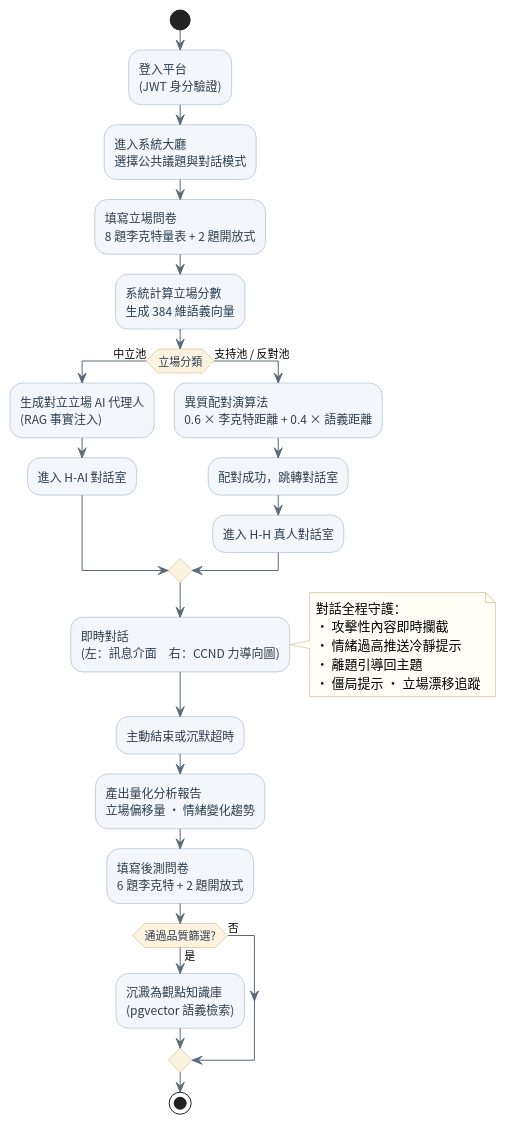
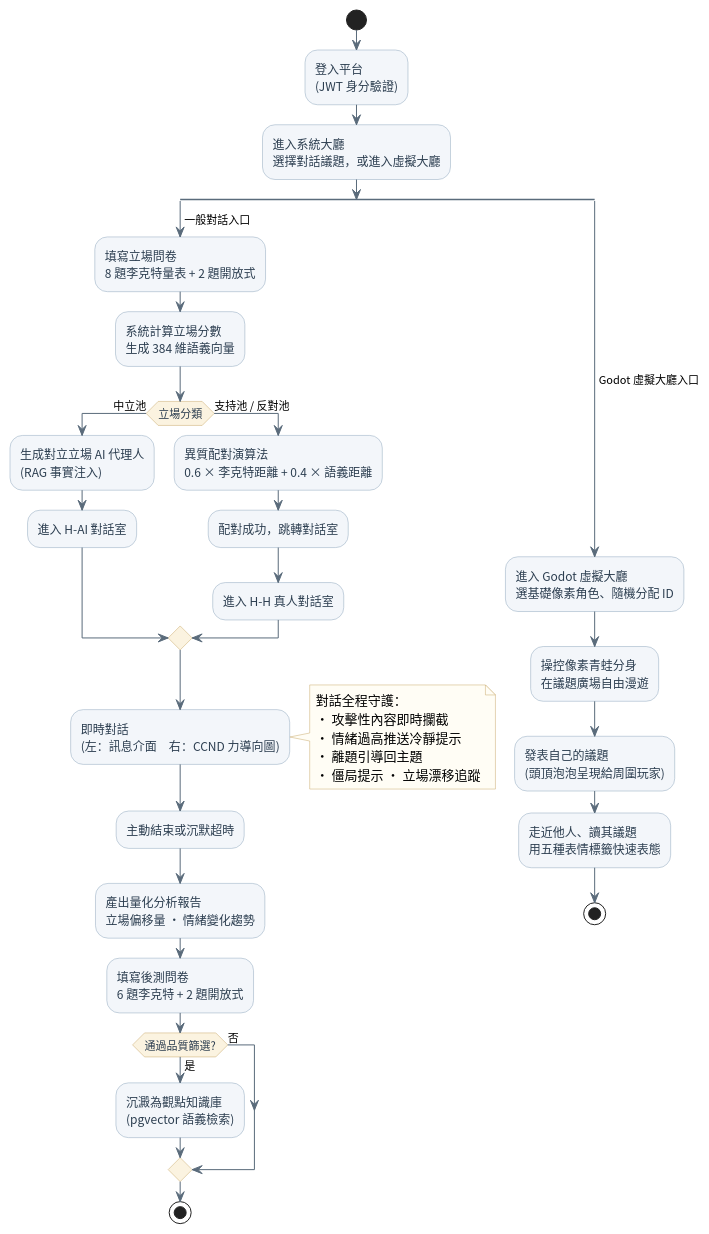
Before and after one commit to Ceeeuu/TakeAbridge-Portfolio: the diagram in diagrams/user-flow.puml, drawn with PlantUML. The commit also changed 4 other files, not shown here.

First line of the commit message:
docs: add Godot lobby branch to user-flow diagram

```diff
--- a/diagrams/user-flow.puml
+++ b/diagrams/user-flow.puml
@@ -1,49 +1,61 @@
 @startuml user-flow
-' 使用者操作流程 — 登入到對話結束
+' 使用者操作流程 — 從大廳分兩條入口：一般對話 / Godot 虛擬大廳
 skinparam backgroundColor #FFFFFF
 skinparam shadowing false
 skinparam defaultFontName "Noto Sans CJK TC"
 skinparam ActivityBorderColor #8FA6BD
 skinparam ActivityBackgroundColor #F3F6FA
 skinparam ActivityFontColor #2C3E50
 skinparam ActivityDiamondBackgroundColor #FBF3E0
 skinparam ActivityDiamondBorderColor #C9A96A
 skinparam ArrowColor #5A6B7B
 skinparam NoteBackgroundColor #FFFDF5
 skinparam NoteBorderColor #C9A96A
 
 start
 :登入平台\n(JWT 身分驗證);
-:進入系統大廳\n選擇公共議題與對話模式;
-:填寫立場問卷\n8 題李克特量表 + 2 題開放式;
-:系統計算立場分數\n生成 384 維語義向量;
+:進入系統大廳\n選擇對話議題，或進入虛擬大廳;
 
-if (立場分類) then (中立池)
-  :生成對立立場 AI 代理人\n(RAG 事實注入);
-  :進入 H-AI 對話室;
-else (支持池 / 反對池)
-  :異質配對演算法\n0.6 × 李克特距離 + 0.4 × 語義距離;
-  :配對成功，跳轉對話室;
-  :進入 H-H 真人對話室;
-endif
+split
+  -> 一般對話入口;
+  :填寫立場問卷\n8 題李克特量表 + 2 題開放式;
+  :系統計算立場分數\n生成 384 維語義向量;
 
-:即時對話\n(左：訊息介面　右：CCND 力導向圖);
-note right
-  對話全程守護：
-  · 攻擊性內容即時攔截
-  · 情緒過高推送冷靜提示
-  · 離題引導回主題
-  · 僵局提示 · 立場漂移追蹤
-end note
+  if (立場分類) then (中立池)
+    :生成對立立場 AI 代理人\n(RAG 事實注入);
+    :進入 H-AI 對話室;
+  else (支持池 / 反對池)
+    :異質配對演算法\n0.6 × 李克特距離 + 0.4 × 語義距離;
+    :配對成功，跳轉對話室;
+    :進入 H-H 真人對話室;
+  endif
 
-:主動結束或沉默超時;
-:產出量化分析報告\n立場偏移量 · 情緒變化趨勢;
-:填寫後測問卷\n6 題李克特 + 2 題開放式;
+  :即時對話\n(左：訊息介面　右：CCND 力導向圖);
+  note right
+    對話全程守護：
+    · 攻擊性內容即時攔截
+    · 情緒過高推送冷靜提示
+    · 離題引導回主題
+    · 僵局提示 · 立場漂移追蹤
+  end note
 
-if (通過品質篩選?) then (是)
-  :沉澱為觀點知識庫\n(pgvector 語義檢索);
-else (否)
-endif
-stop
+  :主動結束或沉默超時;
+  :產出量化分析報告\n立場偏移量 · 情緒變化趨勢;
+  :填寫後測問卷\n6 題李克特 + 2 題開放式;
+
+  if (通過品質篩選?) then (是)
+    :沉澱為觀點知識庫\n(pgvector 語義檢索);
+  else (否)
+  endif
+  stop
+
+split again
+  -> Godot 虛擬大廳入口;
+  :進入 Godot 虛擬大廳\n選基礎像素角色、隨機分配 ID;
+  :操控像素青蛙分身\n在議題廣場自由漫遊;
+  :發表自己的議題\n(頭頂泡泡呈現給周圍玩家);
+  :走近他人、讀其議題\n用五種表情標籤快速表態;
+  stop
+end split
 
 @enduml
```
